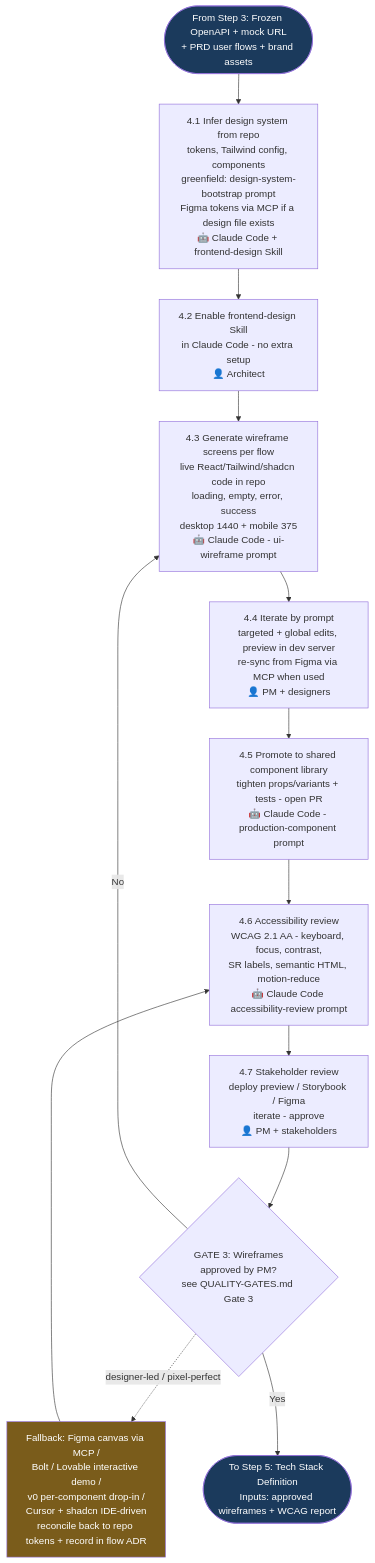
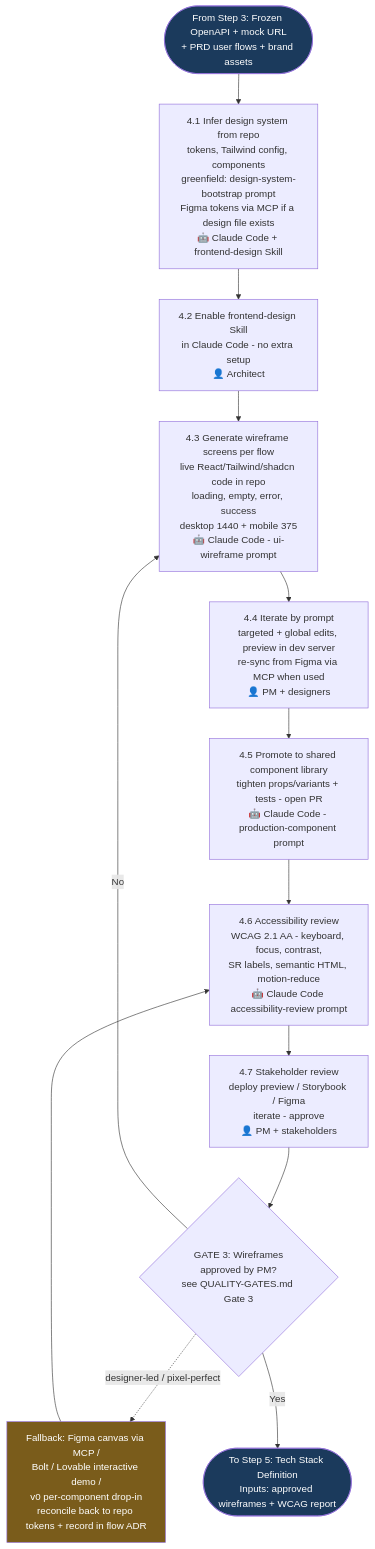
One commit to kalpat-allion/ai-dlc changed the fifth of 6 diagrams in aidlc-phases/02-system-design/FLOWCHART.md. Above: the diagram before and after it, drawn with Mermaid. The commit also changed other lines of this file and 16 other files, not shown here.

````diff
--- a/aidlc-phases/02-system-design/FLOWCHART.md
+++ b/aidlc-phases/02-system-design/FLOWCHART.md
@@ -170,23 +170,23 @@
 ```mermaid
 flowchart TD
     U_IN([From Step 3: Frozen OpenAPI + mock URL<br/>+ PRD user flows + brand assets]) --> U1
 
     U1[4.1 Infer design system from repo<br/>tokens, Tailwind config, components<br/>greenfield: design-system-bootstrap prompt<br/>Figma tokens via MCP if a design file exists<br/>🤖 Claude Code + frontend-design Skill] --> U2
     U2[4.2 Enable frontend-design Skill<br/>in Claude Code - no extra setup<br/>👤 Architect] --> U3
     U3[4.3 Generate wireframe screens per flow<br/>live React/Tailwind/shadcn code in repo<br/>loading, empty, error, success<br/>desktop 1440 + mobile 375<br/>🤖 Claude Code - ui-wireframe prompt] --> U4
     U4[4.4 Iterate by prompt<br/>targeted + global edits, preview in dev server<br/>re-sync from Figma via MCP when used<br/>👤 PM + designers] --> U5
     U5[4.5 Promote to shared component library<br/>tighten props/variants + tests - open PR<br/>🤖 Claude Code - production-component prompt] --> U6
     U6[4.6 Accessibility review<br/>WCAG 2.1 AA - keyboard, focus, contrast,<br/>SR labels, semantic HTML, motion-reduce<br/>🤖 Claude Code accessibility-review prompt] --> U7
     U7[4.7 Stakeholder review<br/>deploy preview / Storybook / Figma<br/>iterate - approve<br/>👤 PM + stakeholders] --> G3
 
     G3{GATE 3: Wireframes<br/>approved by PM?<br/>see QUALITY-GATES.md Gate 3}
     G3 -- No --> U3
     G3 -. designer-led / pixel-perfect .-> UFB
-    UFB[Fallback: Figma canvas via MCP /<br/>Bolt / Lovable interactive demo /<br/>v0 per-component drop-in /<br/>Cursor + shadcn IDE-driven<br/>reconcile back to repo tokens + record in flow ADR]
+    UFB[Fallback: Figma canvas via MCP /<br/>Bolt / Lovable interactive demo /<br/>v0 per-component drop-in<br/>reconcile back to repo tokens + record in flow ADR]
     UFB --> U6
     G3 -- Yes --> U_OUT([To Step 5: Tech Stack Definition<br/>Inputs: approved wireframes + WCAG report])
 
     style U_IN fill:#1B3A5C,color:#fff
     style U_OUT fill:#1B3A5C,color:#fff
     style UFB fill:#7A5C1B,color:#fff
 ```
````
